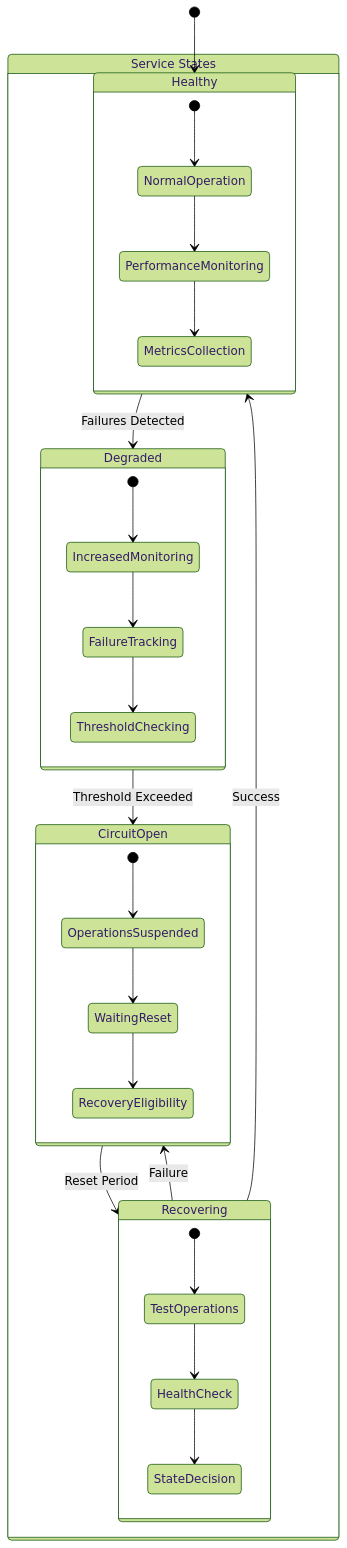
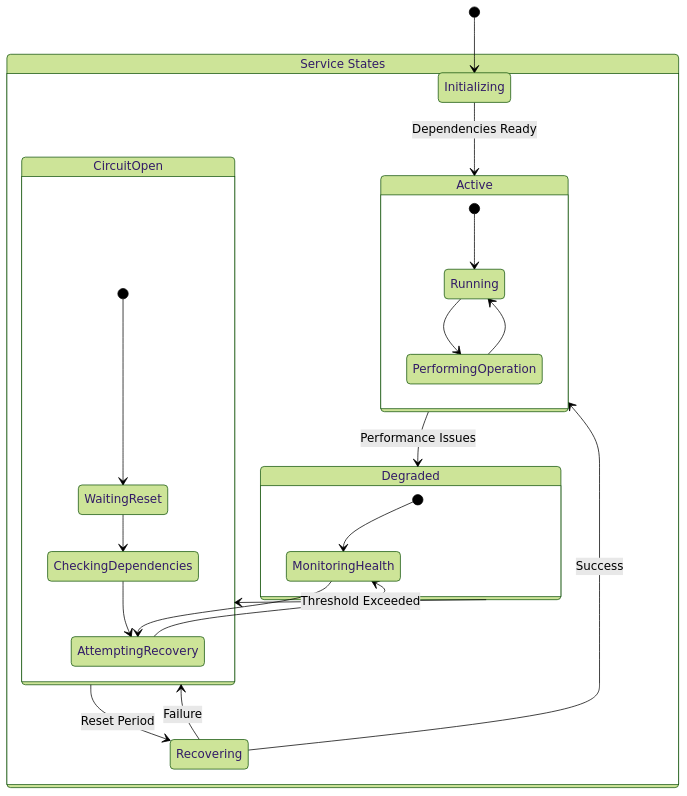
The sixth of 16 diagrams in docs_important/Core Services/**MASTER_SERVICE_ARCHITECTURE.md (BranchManager69/degenduel), drawn with Mermaid (forest theme) before and after one commit. The commit also changed other lines of this file and 10 other files, not shown here.

````diff
--- a/docs_important/Core Services/**MASTER_SERVICE_ARCHITECTURE.md
+++ b/docs_important/Core Services/**MASTER_SERVICE_ARCHITECTURE.md
@@ -192,36 +204,31 @@
 ```mermaid
 stateDiagram-v2
-    [*] --> Healthy
+    [*] --> Initializing
     
     state "Service States" as ServiceStates {
-        Healthy --> Degraded: Failures Detected
+        Initializing --> Active: Dependencies Ready
+        Active --> Degraded: Performance Issues
         Degraded --> CircuitOpen: Threshold Exceeded
         CircuitOpen --> Recovering: Reset Period
-        Recovering --> Healthy: Success
+        Recovering --> Active: Success
         Recovering --> CircuitOpen: Failure
     }
     
-    state Healthy {
-        [*] --> NormalOperation
-        NormalOperation --> PerformanceMonitoring
-        PerformanceMonitoring --> MetricsCollection
+    state Active {
+        [*] --> Running
+        Running --> PerformingOperation
+        PerformingOperation --> Running
     }
     
     state Degraded {
-        [*] --> IncreasedMonitoring
-        IncreasedMonitoring --> FailureTracking
-        FailureTracking --> ThresholdChecking
+        [*] --> MonitoringHealth
+        MonitoringHealth --> AttemptingRecovery
+        AttemptingRecovery --> MonitoringHealth
     }
     
     state CircuitOpen {
-        [*] --> OperationsSuspended
-        OperationsSuspended --> WaitingReset
-        WaitingReset --> RecoveryEligibility
-    }
-    
-    state Recovering {
-        [*] --> TestOperations
-        TestOperations --> HealthCheck
-        HealthCheck --> StateDecision
+        [*] --> WaitingReset
+        WaitingReset --> CheckingDependencies
+        CheckingDependencies --> AttemptingRecovery
     }
 ```
````
